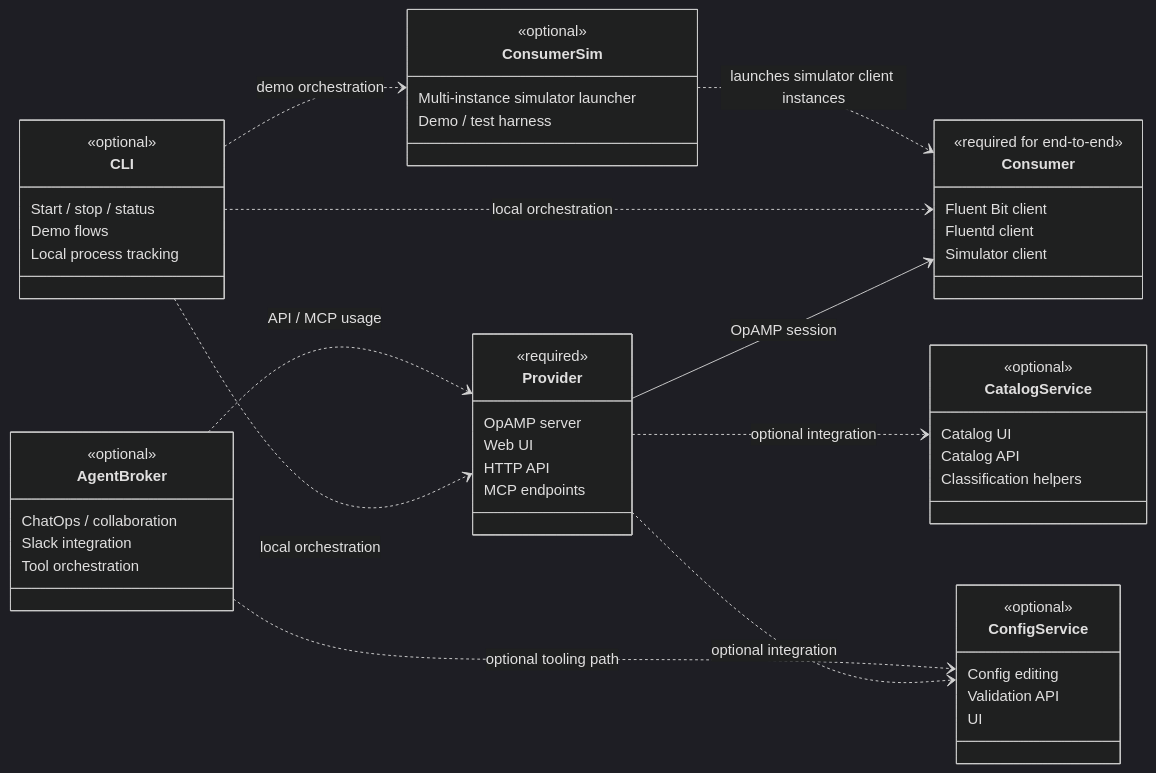
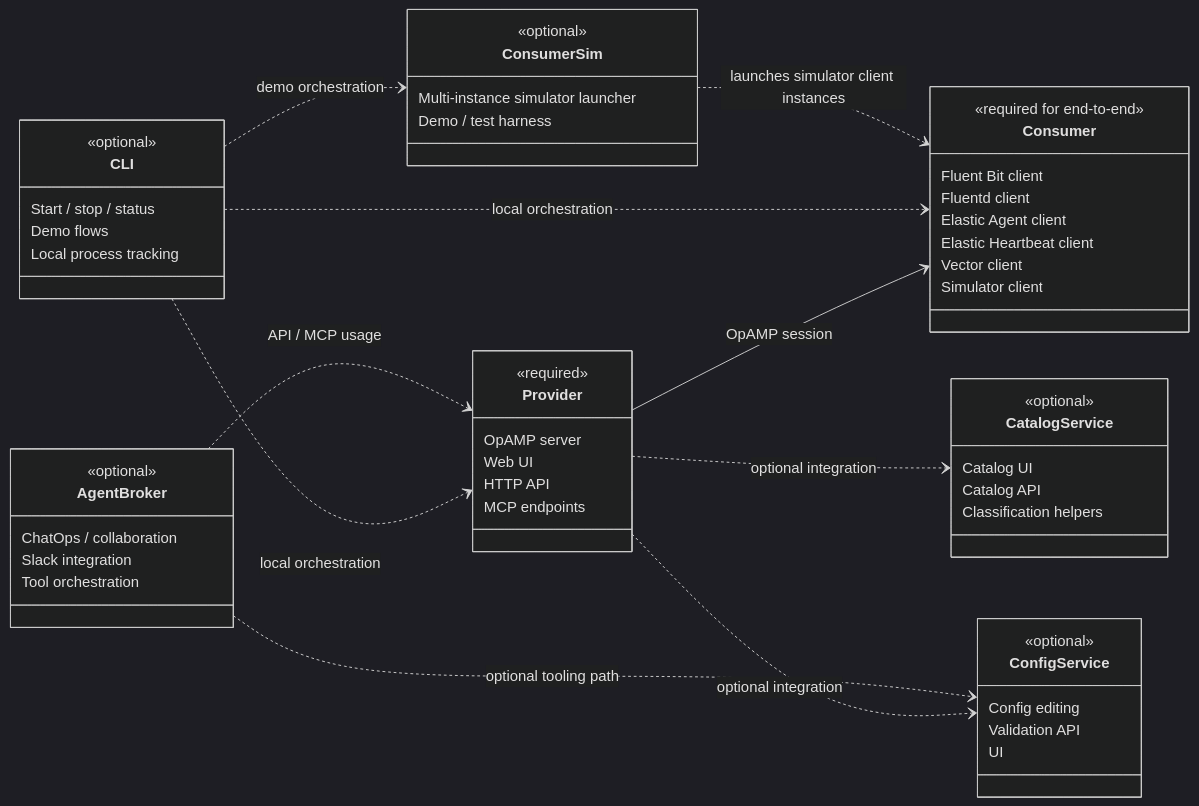
Before and after one commit to opamp-observe/opamp-core: the first of 2 diagrams in docs/README.md, drawn with Mermaid (dark theme). The commit also changed other lines of this file and 20 other files, not shown here.

````diff
--- a/docs/README.md
+++ b/docs/README.md
@@ -115,63 +117,66 @@
 ```mermaid
 classDiagram
     direction LR
 
     class Provider {
         <<required>>
         OpAMP server
         Web UI
         HTTP API
         MCP endpoints
     }
 
     class Consumer {
         <<required for end-to-end>>
         Fluent Bit client
         Fluentd client
+        Elastic Agent client
+        Elastic Heartbeat client
+        Vector client
         Simulator client
     }
 
     class CLI {
         <<optional>>
         Start / stop / status
         Demo flows
         Local process tracking
     }
 
     class ConfigService {
         <<optional>>
         Config editing
         Validation API
         UI
     }
 
     class CatalogService {
         <<optional>>
         Catalog UI
         Catalog API
         Classification helpers
     }
 
     class AgentBroker {
         <<optional>>
         ChatOps / collaboration
         Slack integration
         Tool orchestration
     }
 
     class ConsumerSim {
         <<optional>>
         Multi-instance simulator launcher
         Demo / test harness
     }
 
     Provider --> Consumer : OpAMP session
     CLI ..> Provider : local orchestration
     CLI ..> Consumer : local orchestration
     CLI ..> ConsumerSim : demo orchestration
     Provider ..> ConfigService : optional integration
     Provider ..> CatalogService : optional integration
     AgentBroker ..> Provider : API / MCP usage
     AgentBroker ..> ConfigService : optional tooling path
     ConsumerSim ..> Consumer : launches simulator client instances
 ```
````
